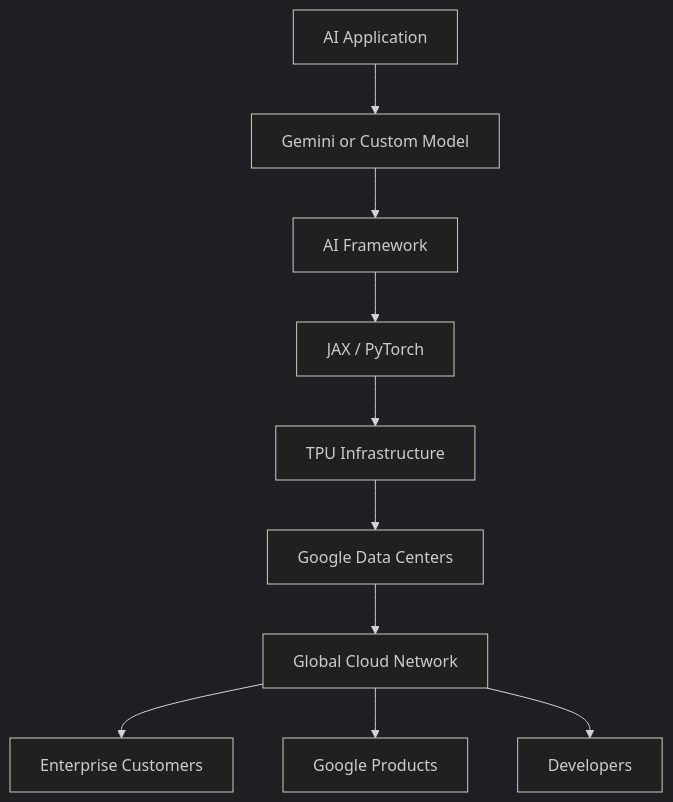
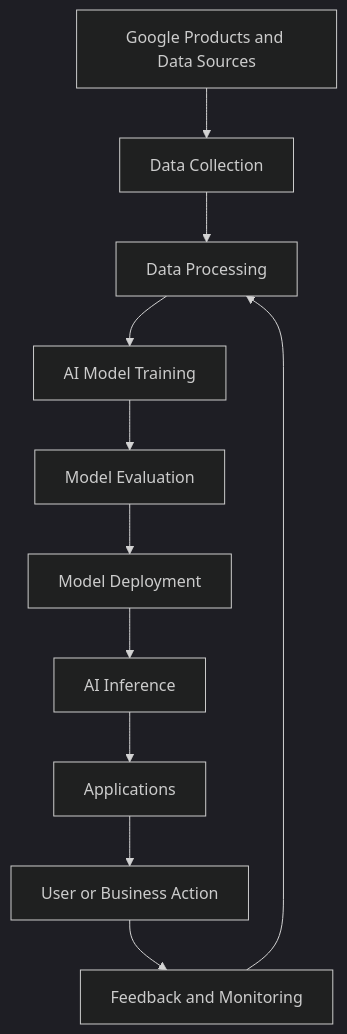
One commit to Ayush-srivastava504/System-design changed diagram 12 of 19 in DAY-005-GOOGLE-CASE-STUDY.md. Above: the diagram before and after it, drawn with Mermaid (dark theme). The commit also changed other lines of this file, not shown here.

Commit message:
Updated readme of google case study

````diff
--- a/DAY-005-GOOGLE-CASE-STUDY.md
+++ b/DAY-005-GOOGLE-CASE-STUDY.md
@@ -453,13 +1278,16 @@
 ```mermaid
 flowchart TD
-    A[AI Application] --> B[Gemini or Custom Model]
-    B --> C[AI Framework]
-    C --> D[JAX / PyTorch]
-    D --> E[TPU Infrastructure]
-    E --> F[Google Data Centers]
-    F --> G[Global Cloud Network]
+    A["Google Products and Data Sources"] --> B["Data Collection"]
+    B --> C["Data Processing"]
+    C --> D["AI Model Training"]
 
-    G --> H[Enterprise Customers]
-    G --> I[Google Products]
-    G --> J[Developers]
+    D --> E["Model Evaluation"]
+    E --> F["Model Deployment"]
+    F --> G["AI Inference"]
+
+    G --> H["Applications"]
+    H --> I["User or Business Action"]
+
+    I --> J["Feedback and Monitoring"]
+    J --> C
 ```
````
